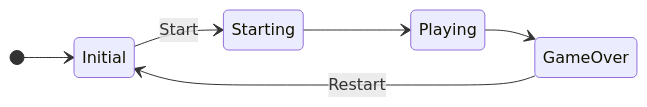
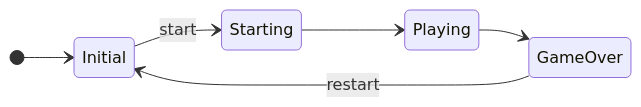
The diagram in docs/bouncing_ball_project.md (eormeno/base-project), drawn with Mermaid before and after one commit. The commit also changed other lines of this file and 9 other files, not shown here.

````diff
--- a/docs/bouncing_ball_project.md
+++ b/docs/bouncing_ball_project.md
@@ -14,9 +25,9 @@
 ```mermaid
 stateDiagram-v2
     direction LR
     [*] --> Initial
-    Initial --> Starting: Start
+    Initial --> Starting: start
     Starting --> Playing
     Playing --> GameOver
-    GameOver --> Initial: Restart
+    GameOver --> Initial: restart
 ```
````
